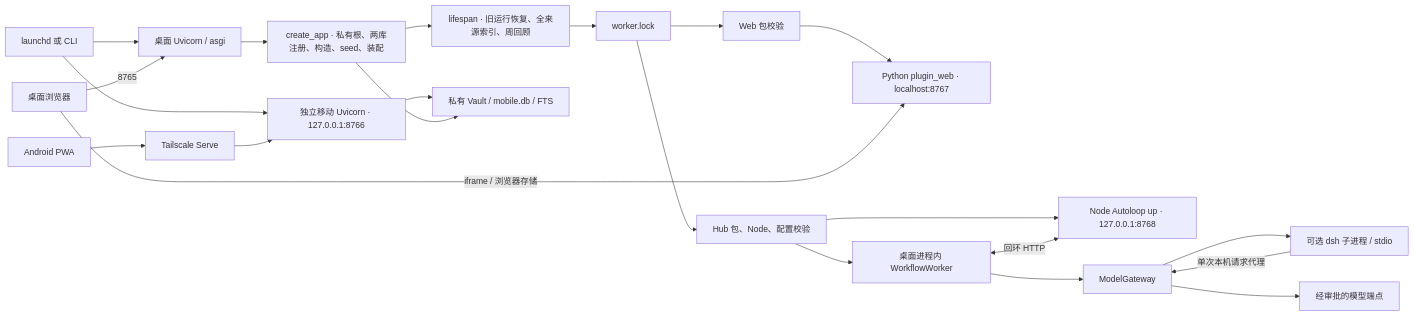
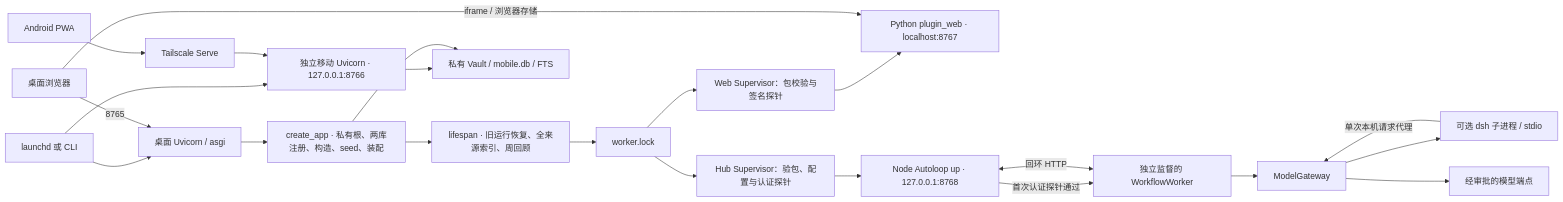
Before and after one commit to lemon-neko/personal-creative-workspace: the third of 3 diagrams in docs/architecture/dependency-map.md, drawn with Mermaid. The commit also changed other lines of this file and 135 other files, not shown here.

````diff
--- a/docs/architecture/dependency-map.md
+++ b/docs/architecture/dependency-map.md
@@ -75,24 +80,24 @@
 ```mermaid
 flowchart LR
     Launch["launchd 或 CLI"] --> ASGI["桌面 Uvicorn / asgi"]
     ASGI --> Factory["create_app · 私有根、两库注册、构造、seed、装配"]
     Factory --> Life["lifespan · 旧运行恢复、全来源索引、周回顾"]
     Life --> Lock["worker.lock"]
-    Lock --> WebCheck["Web 包校验"]
-    Lock --> HubCheck["Hub 包、Node、配置校验"]
+    Lock --> WebCheck["Web Supervisor：包校验与签名探针"]
+    Lock --> HubCheck["Hub Supervisor：验包、配置与认证探针"]
     WebCheck --> Web["Python plugin_web · localhost:8767"]
     HubCheck --> Hub["Node Autoloop up · 127.0.0.1:8768"]
-    HubCheck --> Worker["桌面进程内 WorkflowWorker"]
+    Hub -->|"首次认证探针通过"| Worker["独立监督的 WorkflowWorker"]
     Worker <-->|"回环 HTTP"| Hub
     Worker --> Gateway["ModelGateway"]
     Gateway --> Harness["可选 dsh 子进程 / stdio"]
     Harness -->|"单次本机请求代理"| Gateway
     Gateway --> External["经审批的模型端点"]
     Browser["桌面浏览器"] -->|"8765"| ASGI
     Browser -->|"iframe / 浏览器存储"| Web
     Launch --> Mobile["独立移动 Uvicorn · 127.0.0.1:8766"]
     Phone["Android PWA"] --> Tailnet["Tailscale Serve"]
     Tailnet --> Mobile
     Mobile --> Store["私有 Vault / mobile.db / FTS"]
     Factory --> Store
 ```
````
